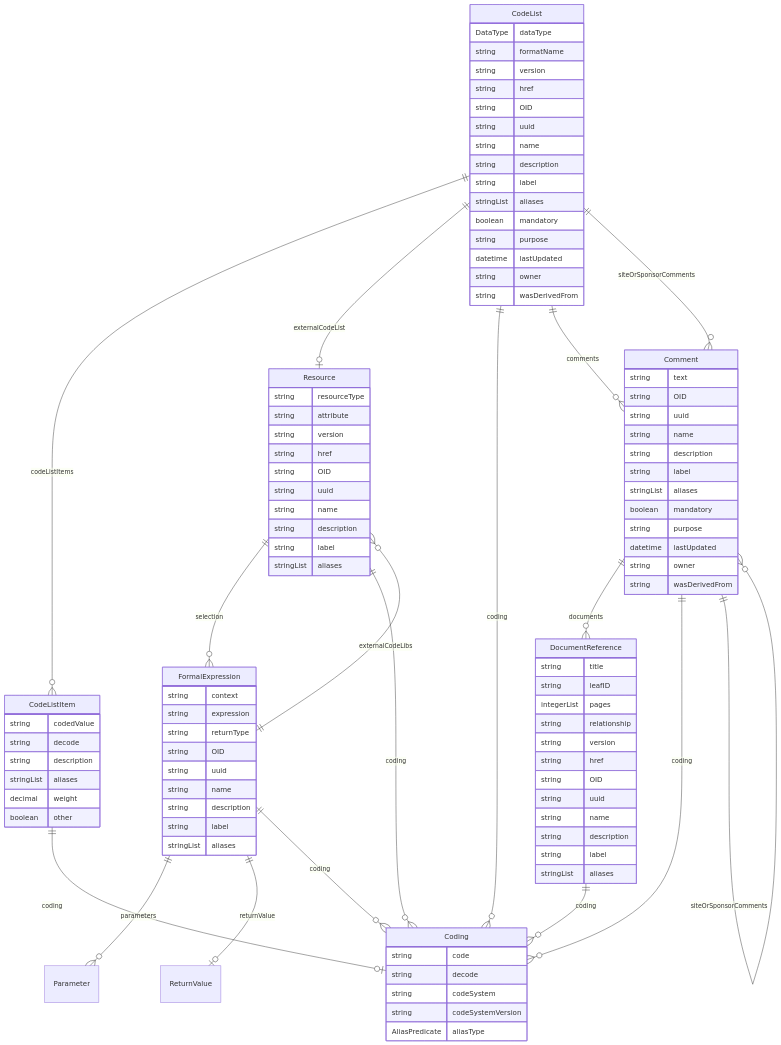
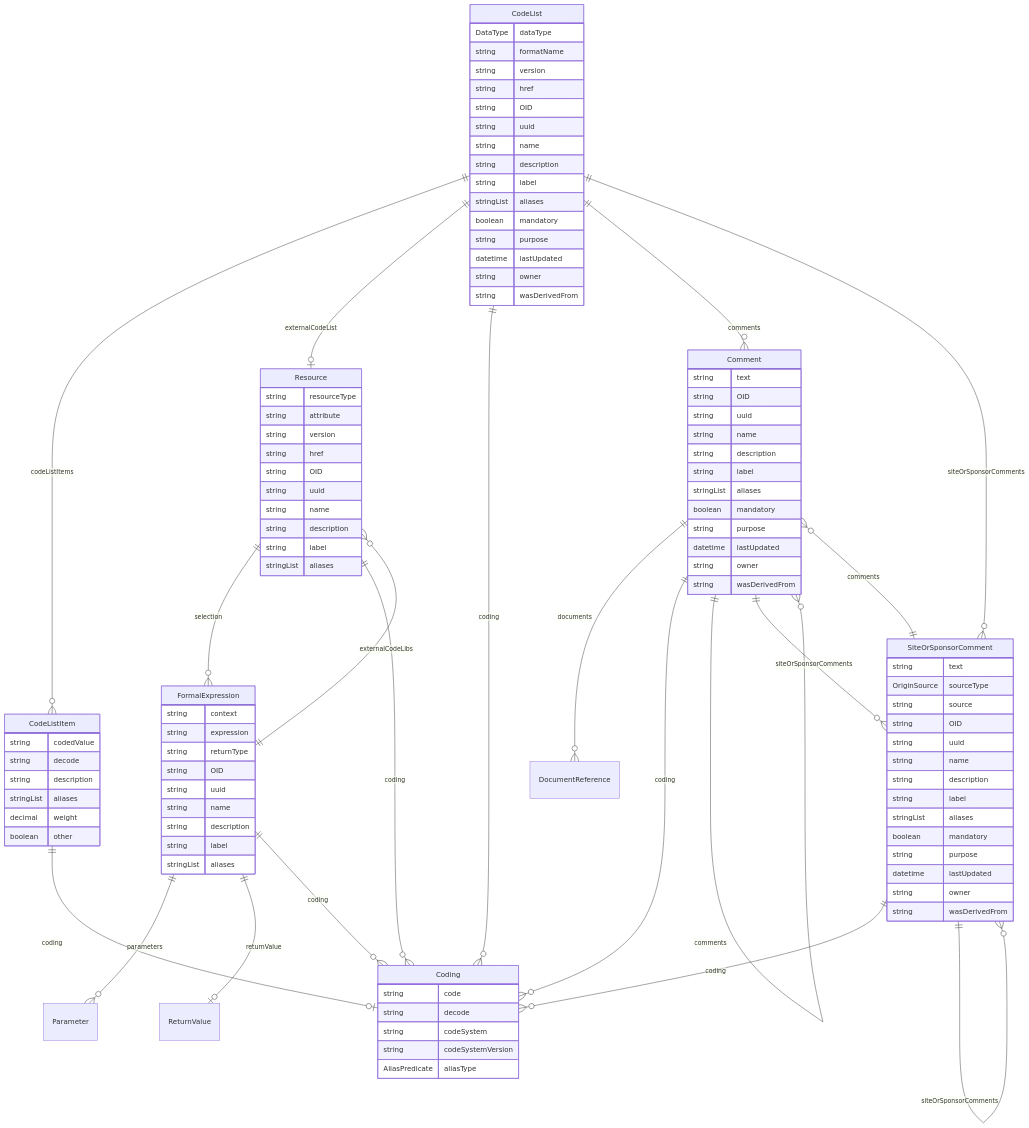
Before and after one commit to TeMeta/define-json: the diagram in docs/classes/CodeList.md, drawn with Mermaid. The commit also changed other lines of this file and 98 other files, not shown here.

```diff
--- a/docs/classes/CodeList.md
+++ b/docs/classes/CodeList.md
@@ -20,6 +20,22 @@
     string formatName  
     string version  
     string href  
+    string OID  
+    string uuid  
+    string name  
+    string description  
+    string label  
+    stringList aliases  
+    boolean mandatory  
+    string purpose  
+    datetime lastUpdated  
+    string owner  
+    string wasDerivedFrom  
+}
+SiteOrSponsorComment {
+    string text  
+    OriginSource sourceType  
+    string source  
     string OID  
     string uuid  
     string name  
@@ -52,20 +68,6 @@
     string codeSystem  
     string codeSystemVersion  
     AliasPredicate aliasType  
-}
-DocumentReference {
-    string title  
-    string leafID  
-    integerList pages  
-    string relationship  
-    string version  
-    string href  
-    string OID  
-    string uuid  
-    string name  
-    string description  
-    string label  
-    stringList aliases  
 }
 Resource {
     string resourceType  
@@ -103,12 +105,14 @@
 CodeList ||--|o Resource : "externalCodeList"
 CodeList ||--}o Coding : "coding"
 CodeList ||--}o Comment : "comments"
-CodeList ||--}o Comment : "siteOrSponsorComments"
+CodeList ||--}o SiteOrSponsorComment : "siteOrSponsorComments"
+SiteOrSponsorComment ||--}o Coding : "coding"
+SiteOrSponsorComment ||--}o Comment : "comments"
+SiteOrSponsorComment ||--}o SiteOrSponsorComment : "siteOrSponsorComments"
 Comment ||--}o DocumentReference : "documents"
 Comment ||--}o Coding : "coding"
 Comment ||--}o Comment : "comments"
-Comment ||--}o Comment : "siteOrSponsorComments"
-DocumentReference ||--}o Coding : "coding"
+Comment ||--}o SiteOrSponsorComment : "siteOrSponsorComments"
 Resource ||--}o FormalExpression : "selection"
 Resource ||--}o Coding : "coding"
 FormalExpression ||--}o Parameter : "parameters"
```
